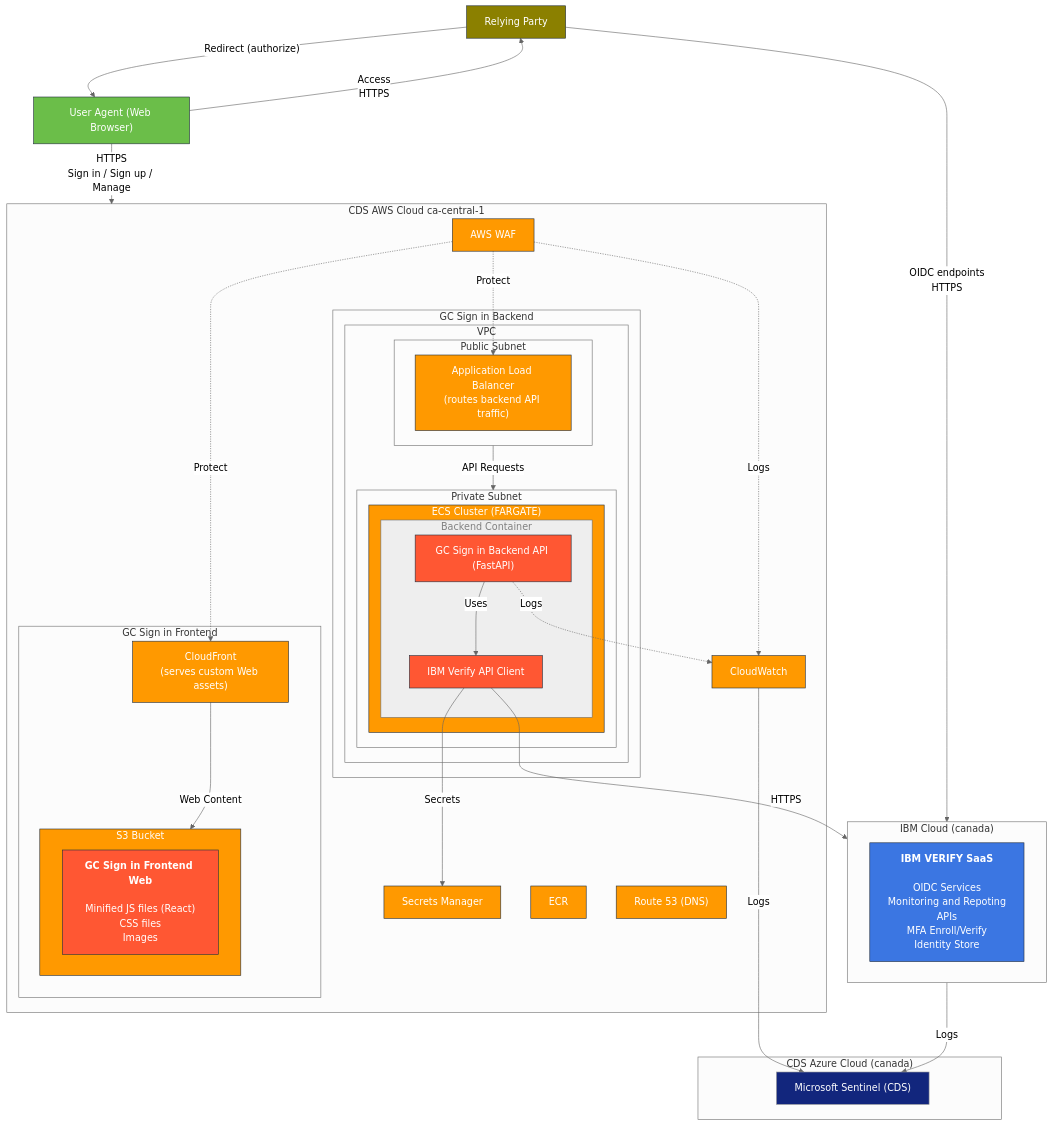
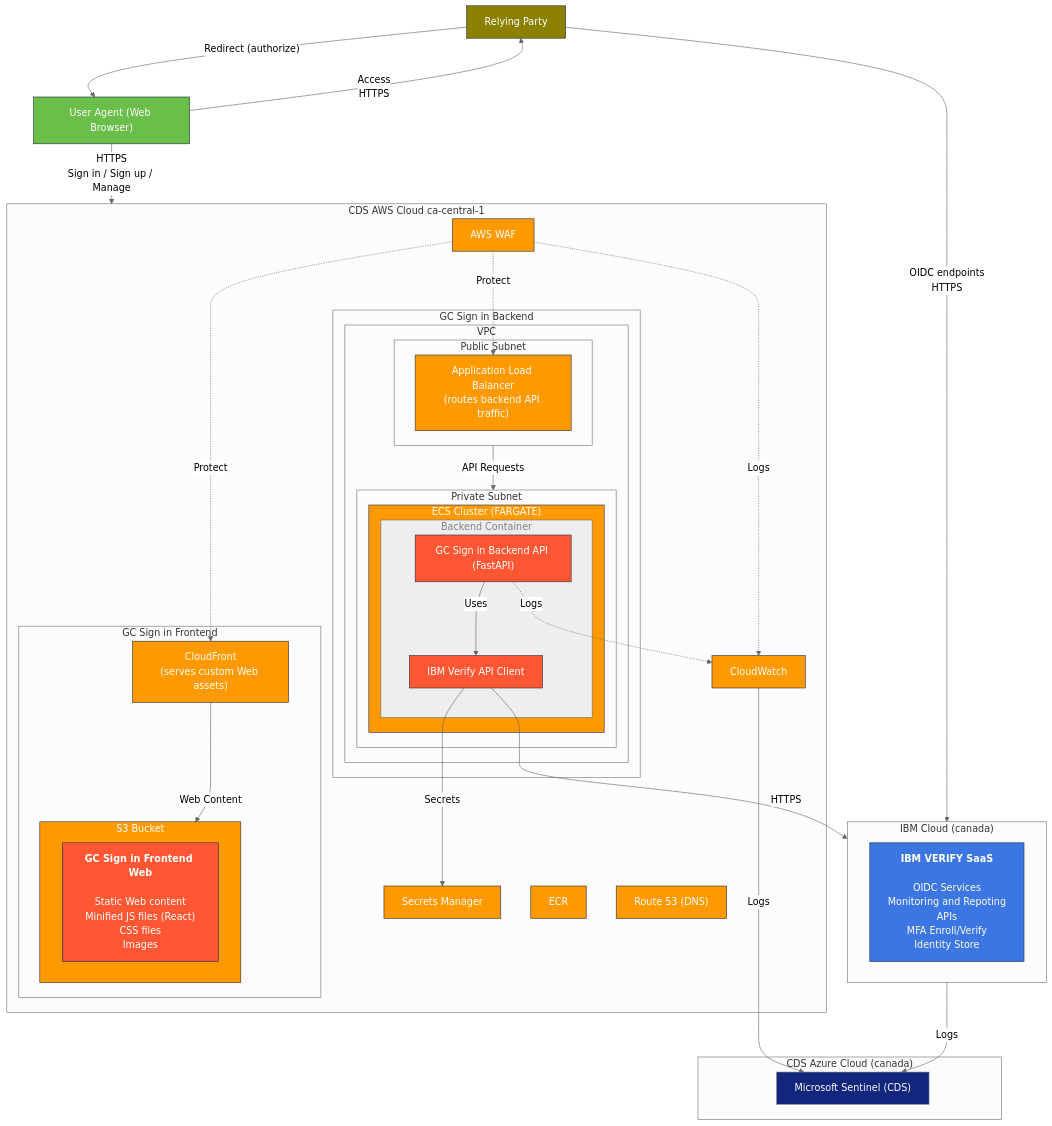
One commit to cds-snc/canadalogin-user-selfservice-webapp changed the diagram in docs/architecture/gc-signin-aws-system-architecture.mmd. Above: the diagram before and after it, drawn with Mermaid. The commit also changed 3 other files, not shown here.

Commit message:
Small update to architecture diagram front-end web content section to include static content

```diff
--- a/docs/architecture/gc-signin-aws-system-architecture.mmd
+++ b/docs/architecture/gc-signin-aws-system-architecture.mmd
@@ -1,83 +1,83 @@
 %%{init: {'theme':'neutral'}}%%
 graph TB
     RelyingParty[Relying Party]
     WebBrowser["User Agent (Web Browser)"]
 
     subgraph AWS["CDS AWS Cloud ca-central-1"]
         subgraph GC Sign in Backend
             subgraph "VPC"
                 subgraph PublicSubnet["Public Subnet"]
                     ALB["Application Load Balancer<br/>(routes backend API traffic)"]
                 end
 
                 subgraph PrivateSubnet["Private Subnet"]
                     subgraph ECS["ECS Cluster (FARGATE)"]
                         subgraph BackendContainer["Backend Container"]
                             APIBackend["GC Sign in Backend API (FastAPI)"]
                             APIClient["IBM Verify API Client"]
                         end
                     end
                 end
             end
         end
 
         subgraph GC Sign in Frontend
             CloudFront["CloudFront<br/>(serves custom Web assets)"]
             subgraph S3[S3 Bucket]
-                GCSigninFrontEnd["<strong>GC Sign in Frontend Web</strong><br/><br/>Minified JS files (React)<br/>CSS files<br/>Images"]
+                GCSigninFrontEnd["<strong>GC Sign in Frontend Web</strong><br/><br/>Static Web content<br/>Minified JS files (React)<br/>CSS files<br/>Images"]
             end
         end
 
         CloudWatch[CloudWatch]
         SecretsManager[Secrets Manager]
         ECR["ECR"]
         Route53["Route 53 (DNS)"]
         WAF[AWS WAF]
     end
 
     subgraph IBMVerify["IBM Cloud (canada)"]
         IBMVerifyFeatures["<strong>IBM VERIFY SaaS</strong><br/><br/>OIDC Services<br/>Monitoring and Repoting<br/>APIs<br/>MFA Enroll/Verify<br/>Identity Store"]
     end
 
     subgraph Azure["CDS Azure Cloud (canada)"]
         Sentinel["Microsoft Sentinel (CDS)"]
     end
     
     
 
     %% Connections
     WebBrowser-->|"Access<br/>HTTPS"| RelyingParty
     WebBrowser ------->|"HTTPS<br/>Sign in / Sign up / Manage"| AWS
     RelyingParty-->|"OIDC endpoints<br/>HTTPS"| IBMVerify
     RelyingParty-->|"Redirect (authorize)"| WebBrowser
     CloudFront -->|Web Content| S3
     WAF -.->|Protect| ALB
     WAF -.->|Protect| CloudFront
     PublicSubnet -->|API Requests| PrivateSubnet
     APIBackend-->|Uses| APIClient
     APIClient -->|HTTPS| IBMVerify
     APIClient -->|Secrets| SecretsManager
 
     %% Monitoring
     WAF -.->|Logs| CloudWatch
     APIBackend -.->|Logs| CloudWatch
     CloudWatch -->|Logs| Sentinel
     IBMVerify -->|Logs| Sentinel
 
     %% Styling
     classDef aws fill:#FF9900,stroke:#232F3E,color:white;
     classDef gcsignin fill:#FF5733,stroke:#232F3E,color:white;
     classDef ibm fill:#3B76e2,stroke:#232F3E,color:white;
     classDef ibmchild fill:#1B46C2,stroke:#232F3E,color:white;
     classDef users fill:#6BBE49,stroke:#232F3E,color:white;
     classDef rp fill:#8B8000,stroke:#232F3E,color:white;
     classDef azure fill:#12267d,stroke:#23F3E,color:white;
     classDef docker fill:#EEEEEE,stroke:#23F3E,color:grey;
 
     class Route53,CloudFront,ALB,WAF,CFWAF,ECS,ECR,CloudWatch,SecretsManager,WAFLogs,S3 aws;
     class IBMVerifyFeatures ibm;
     class WebBrowser users;
     class RelyingParty rp;
     class GCSigninFrontEnd,APIBackend,APIClient gcsignin;
     class Sentinel azure;
     class BackendContainer docker;
```
